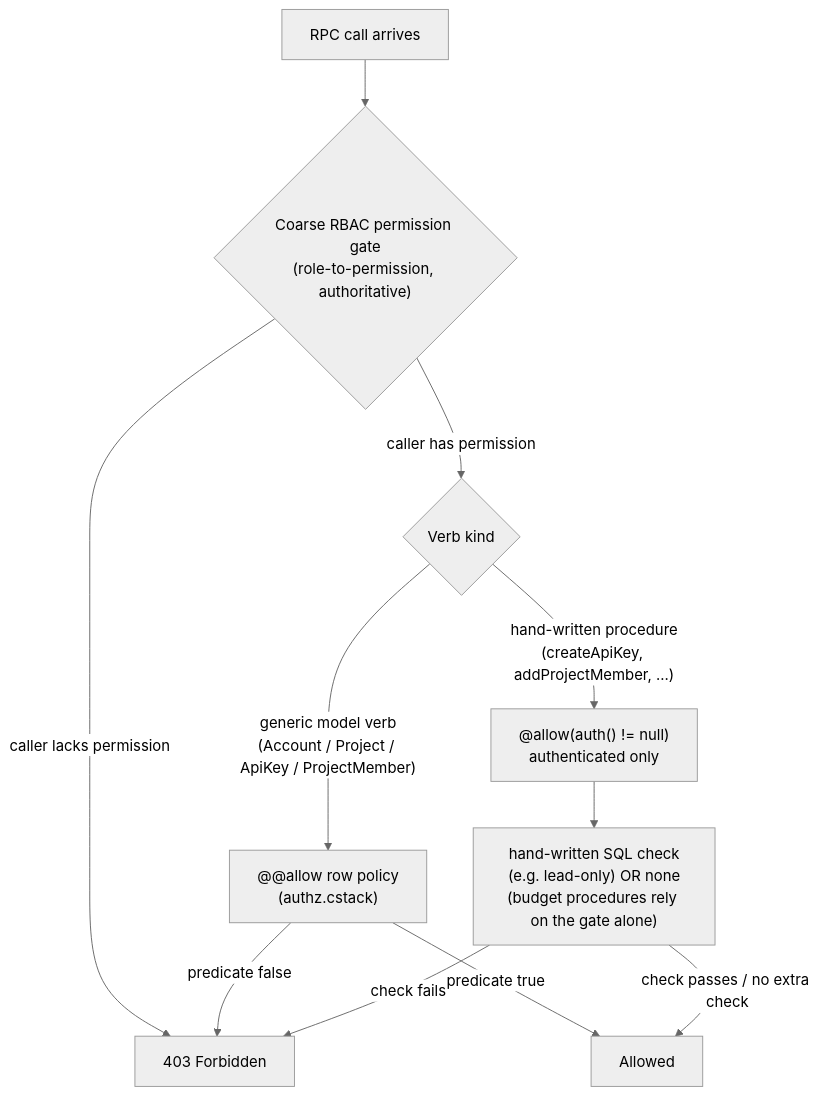
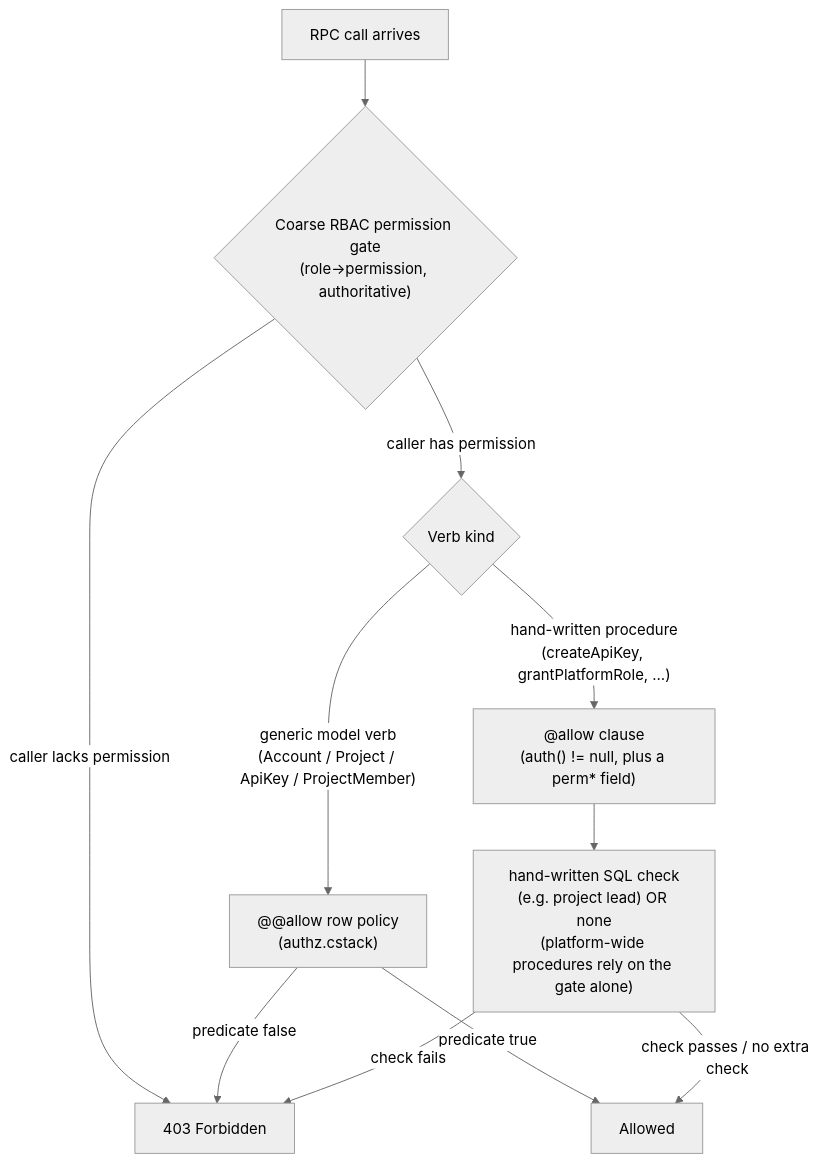
The fourth of 4 diagrams in docs/knowledge/authorization-and-permissions.md (ADORSYS-GIS/converse-frontends), drawn with Mermaid (neutral theme) before and after one commit. The commit also changed other lines of this file and 88 other files, not shown here.

````diff
--- a/docs/knowledge/authorization-and-permissions.md
+++ b/docs/knowledge/authorization-and-permissions.md
@@ -164,13 +245,13 @@
 ```mermaid
 flowchart TD
-    A[RPC call arrives] --> B{"Coarse RBAC permission gate<br/>(role-to-permission, authoritative)"}
+    A[RPC call arrives] --> B{"Coarse RBAC permission gate<br/>(role→permission, authoritative)"}
     B -- caller lacks permission --> Z[403 Forbidden]
     B -- caller has permission --> C{Verb kind}
     C -- "generic model verb<br/>(Account / Project / ApiKey / ProjectMember)" --> D["@@allow row policy<br/>(authz.cstack)"]
     D -- predicate false --> Z
     D -- predicate true --> E[Allowed]
-    C -- "hand-written procedure<br/>(createApiKey, addProjectMember, ...)" --> F["@allow(auth() != null)<br/>authenticated only"]
-    F --> G["hand-written SQL check<br/>(e.g. lead-only) OR none<br/>(budget procedures rely on the gate alone)"]
+    C -- "hand-written procedure<br/>(createApiKey, grantPlatformRole, …)" --> F["@allow clause<br/>(auth() != null, plus a perm* field)"]
+    F --> G["hand-written SQL check<br/>(e.g. project lead) OR none<br/>(platform-wide procedures rely on the gate alone)"]
     G -- check fails --> Z
     G -- check passes / no extra check --> E
 ```
````
